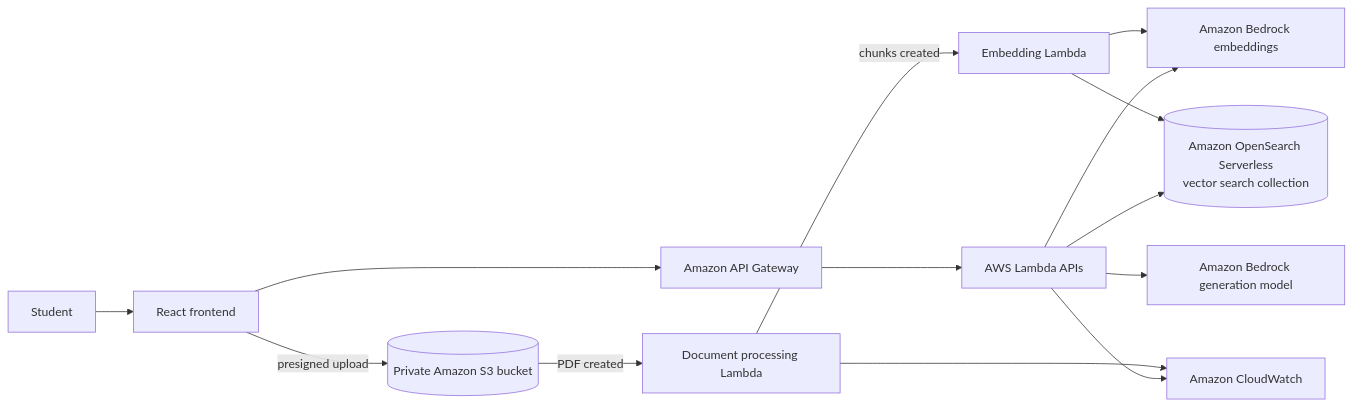
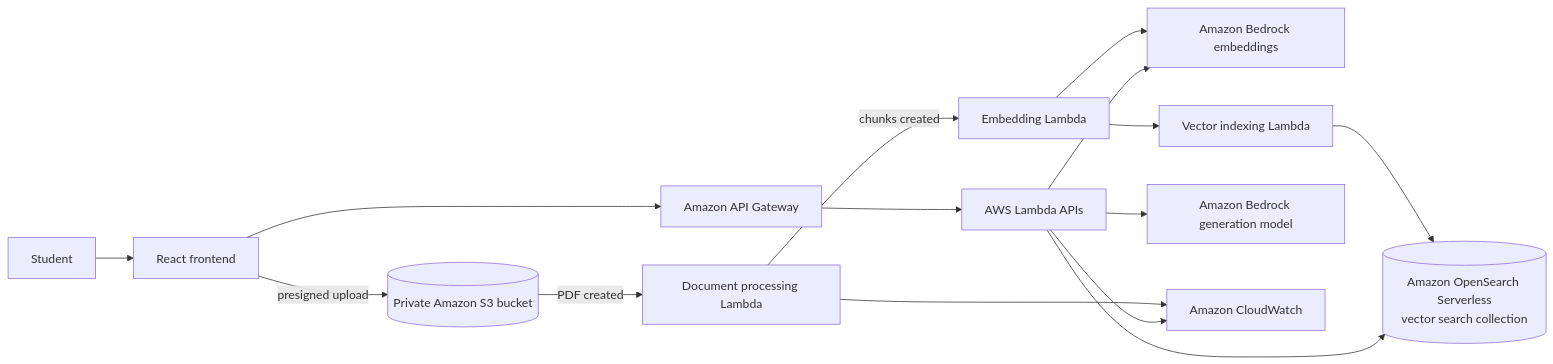
One commit to TarunV750/ai-study-assistant changed the diagram in README.md. Above: the diagram before and after it, drawn with Mermaid. The commit also changed other lines of this file and 10 other files, not shown here.

Commit message:
feat: index document embeddings in OpenSearch

````diff
--- a/README.md
+++ b/README.md
@@ -56,16 +56,17 @@
 ```mermaid
 flowchart LR
     U[Student] --> F[React frontend]
     F --> A[Amazon API Gateway]
     A --> L[AWS Lambda APIs]
     F -->|presigned upload| S[(Private Amazon S3 bucket)]
     S -->|PDF created| P[Document processing Lambda]
     P -->|chunks created| E[Embedding Lambda]
     E --> B[Amazon Bedrock embeddings]
-    E --> O[(Amazon OpenSearch Serverless<br/>vector search collection)]
+    E --> I[Vector indexing Lambda]
+    I --> O[(Amazon OpenSearch Serverless<br/>vector search collection)]
     L --> B
     L --> O
     L --> G[Amazon Bedrock generation model]
     P --> C[Amazon CloudWatch]
     L --> C
 ```
````
